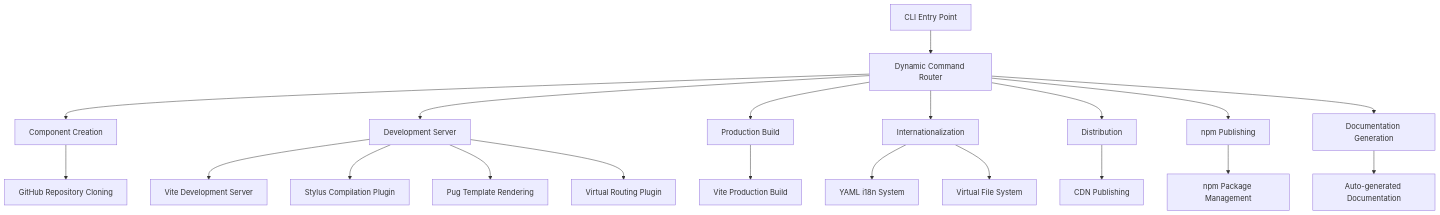
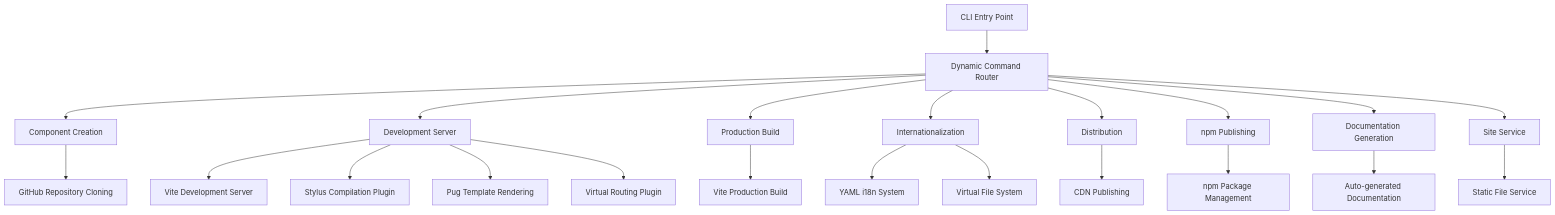
Before and after one commit to webc-site/npm: the diagram in webc/readme/en/README.md, drawn with Mermaid. The commit also changed other lines of this file and 2 other files, not shown here.

Commit message:
chore: bump version to 0.1.8 and update README diagrams and directory structure

````diff
--- a/webc/readme/en/README.md
+++ b/webc/readme/en/README.md
@@ -40,22 +40,24 @@
 ```mermaid
 graph TD
     A[CLI Entry Point] --> B[Dynamic Command Router]
     B --> C[Component Creation]
     B --> D[Development Server]
     B --> E[Production Build]
     B --> F[Internationalization]
     B --> G[Distribution]
     B --> H[npm Publishing]
     B --> I[Documentation Generation]
-    C --> J[GitHub Repository Cloning]
-    D --> K[Vite Development Server]
-    D --> L[Stylus Compilation Plugin]
-    D --> M[Pug Template Rendering]
-    D --> N[Virtual Routing Plugin]
-    E --> O[Vite Production Build]
-    F --> P[YAML i18n System]
-    F --> Q[Virtual File System]
-    G --> R[CDN Publishing]
-    H --> S[npm Package Management]
-    I --> T[Auto-generated Documentation]
+    B --> J[Site Service]
+    C --> K[GitHub Repository Cloning]
+    D --> L[Vite Development Server]
+    D --> M[Stylus Compilation Plugin]
+    D --> N[Pug Template Rendering]
+    D --> O[Virtual Routing Plugin]
+    E --> P[Vite Production Build]
+    F --> Q[YAML i18n System]
+    F --> R[Virtual File System]
+    G --> S[CDN Publishing]
+    H --> T[npm Package Management]
+    I --> U[Auto-generated Documentation]
+    J --> V[Static File Service]
 ```
````
